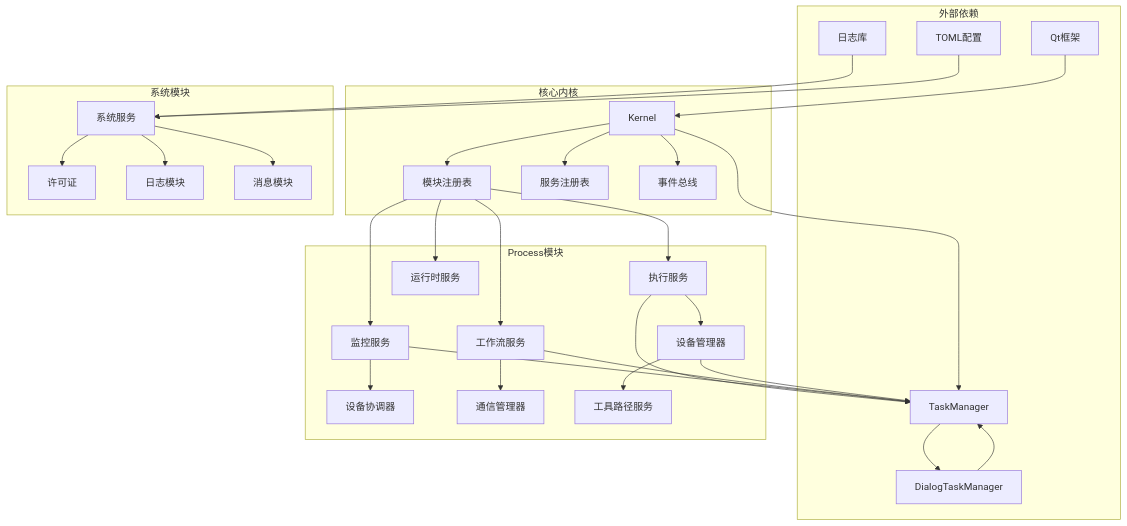
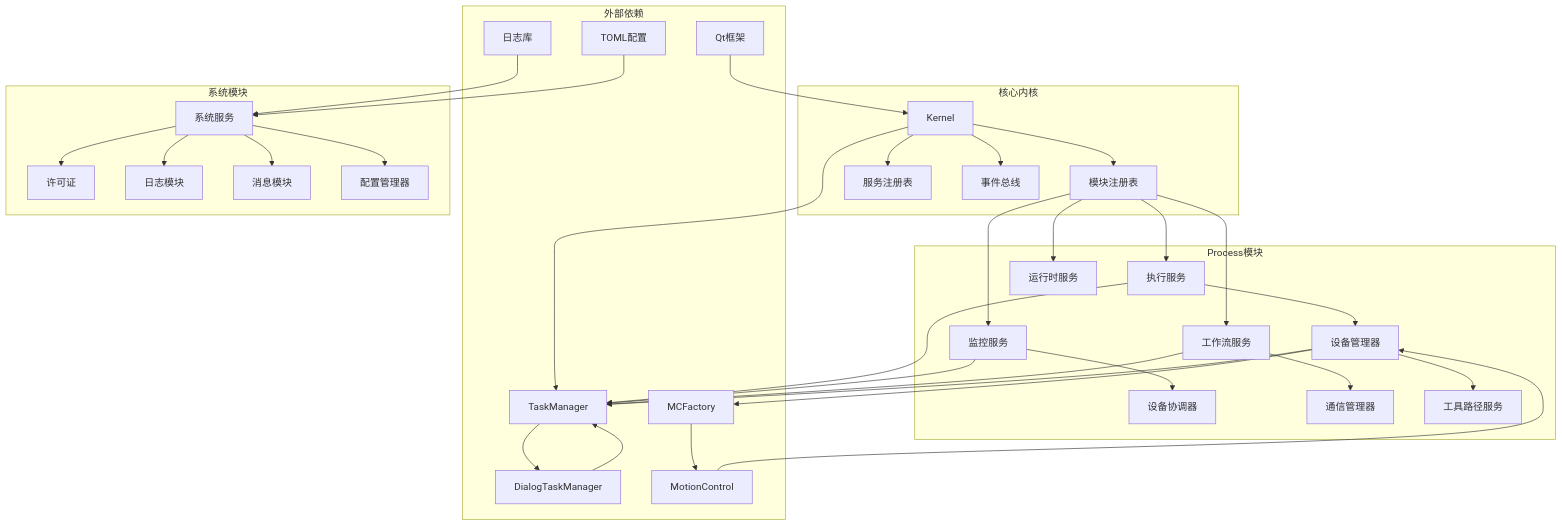
Before and after one commit to super1wang/LaserCNCv1.0: diagram 21 of 26 in .qoder/repowiki/zh/content/项目概述/模块设计/Process模块设计/Process模块服务管理架构改进.md, drawn with Mermaid. The commit also changed other lines of this file and 25 other files, not shown here.

````diff
--- a/.qoder/repowiki/zh/content/项目概述/模块设计/Process模块设计/Process模块服务管理架构改进.md
+++ b/.qoder/repowiki/zh/content/项目概述/模块设计/Process模块设计/Process模块服务管理架构改进.md
@@ -762,56 +1070,63 @@
 ```mermaid
 graph TB
 subgraph "外部依赖"
 Qt[Qt框架]
 Spdlog[日志库]
 Toml[TOML配置]
 TaskMgr[TaskManager]
 DialogTask[DialogTaskManager]
+MCFactory[MCFactory]
+MotionCtl[MotionControl]
 end
 subgraph "核心内核"
 Kernel[Kernel]
 ModuleReg[模块注册表]
 ServiceReg[服务注册表]
 EventBus[事件总线]
 end
 subgraph "Process模块"
 ExecSvc[执行服务]
 MonitorSvc[监控服务]
 WorkflowSvc[工作流服务]
 RuntimeSvc[运行时服务]
 DeviceMgr[设备管理器]
 DeviceCoord[设备协调器]
 CommMgr[通信管理器]
 ToolpathSvc[工具路径服务]
 end
 subgraph "系统模块"
 SysSvc[系统服务]
 License[许可证]
 LogMod[日志模块]
 MsgMod[消息模块]
+CfgMgr[配置管理器]
 end
 Qt --> Kernel
 Spdlog --> SysSvc
 Toml --> SysSvc
 Kernel --> ModuleReg
 Kernel --> ServiceReg
 Kernel --> EventBus
 Kernel --> TaskMgr
 ModuleReg --> ExecSvc
 ModuleReg --> MonitorSvc
 ModuleReg --> WorkflowSvc
 ModuleReg --> RuntimeSvc
 ExecSvc --> DeviceMgr
 ExecSvc --> TaskMgr
 MonitorSvc --> DeviceCoord
 MonitorSvc --> TaskMgr
 WorkflowSvc --> CommMgr
 WorkflowSvc --> TaskMgr
 DeviceMgr --> ToolpathSvc
 DeviceMgr --> TaskMgr
+DeviceMgr --> MCFactory
 SysSvc --> License
 SysSvc --> LogMod
 SysSvc --> MsgMod
+SysSvc --> CfgMgr
 TaskMgr --> DialogTask
 DialogTask --> TaskMgr
+MCFactory --> MotionCtl
+MotionCtl --> DeviceMgr
 ```
````
